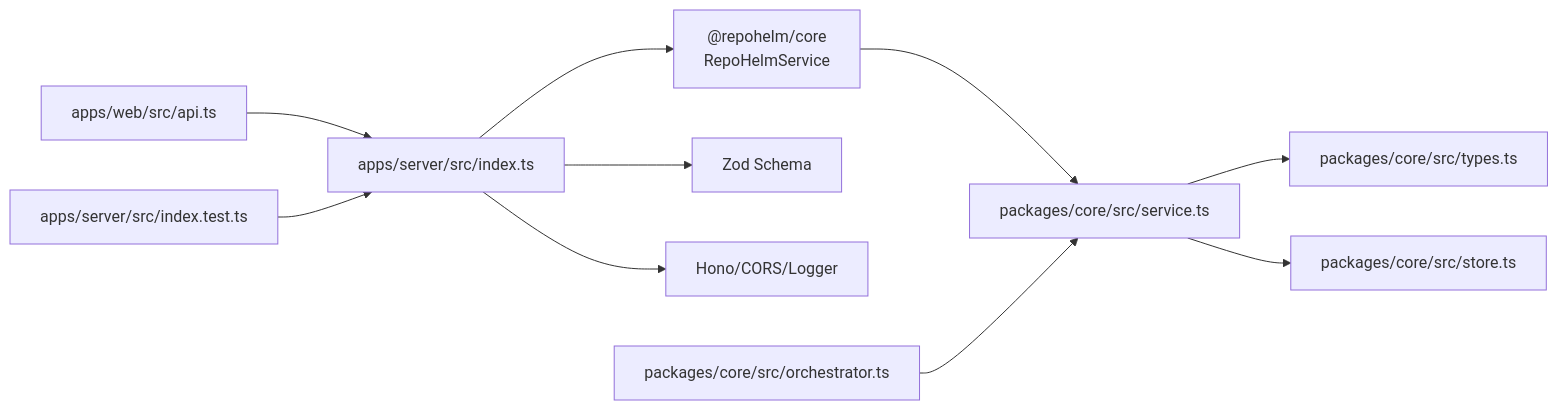
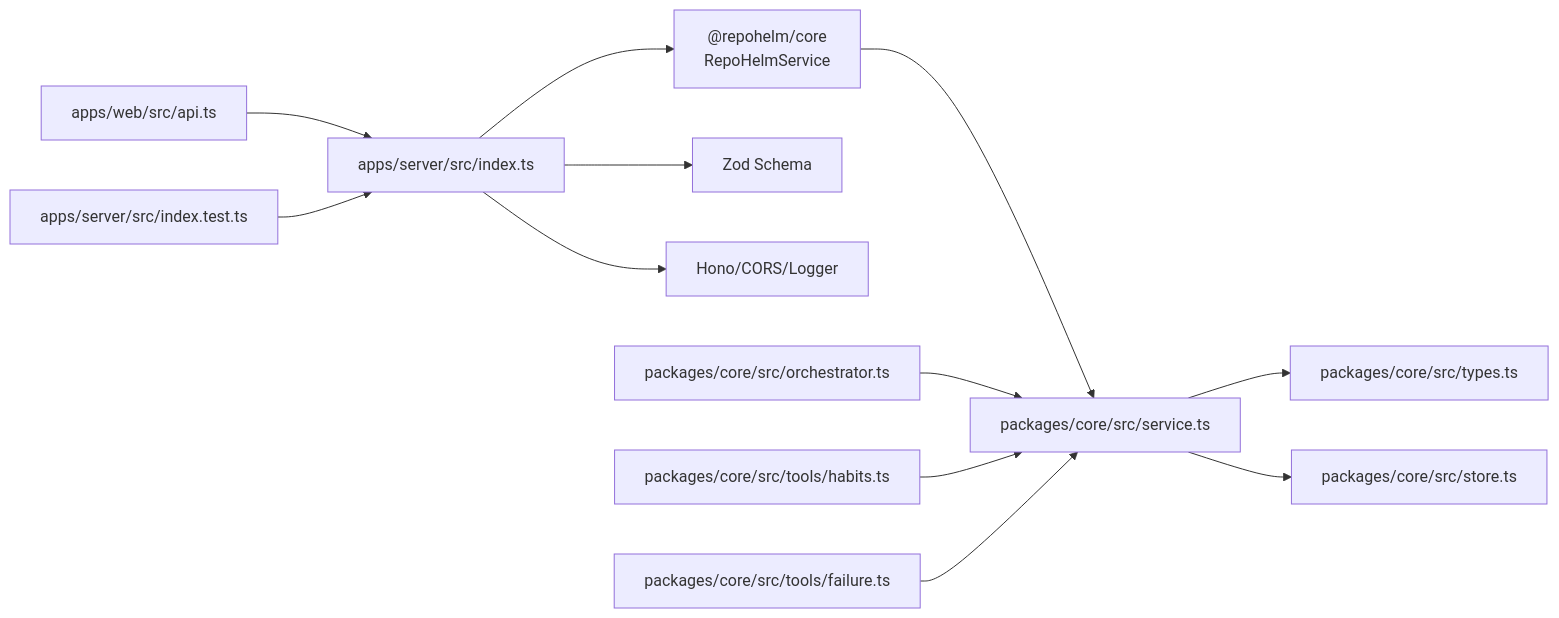
One commit to coconilu/RepoHelm changed the third of 3 diagrams in .qoder/repowiki/zh/content/服务器 API 设计/服务器 API 设计.md. Above: the diagram before and after it, drawn with Mermaid. The commit also changed other lines of this file and 12 other files, not shown here.

````diff
--- a/.qoder/repowiki/zh/content/服务器 API 设计/服务器 API 设计.md
+++ b/.qoder/repowiki/zh/content/服务器 API 设计/服务器 API 设计.md
@@ -525,12 +617,14 @@
 ```mermaid
 graph LR
 A["apps/server/src/index.ts"] --> B["@repohelm/core<br/>RepoHelmService"]
 A --> C["Zod Schema"]
 A --> D["Hono/CORS/Logger"]
 E["apps/web/src/api.ts"] --> A
 B --> F["packages/core/src/service.ts"]
 F --> G["packages/core/src/types.ts"]
 F --> H["packages/core/src/store.ts"]
 I["packages/core/src/orchestrator.ts"] --> F
-J["apps/server/src/index.test.ts"] --> A
+J["packages/core/src/tools/habits.ts"] --> F
+K["packages/core/src/tools/failure.ts"] --> F
+L["apps/server/src/index.test.ts"] --> A
 ```
````
